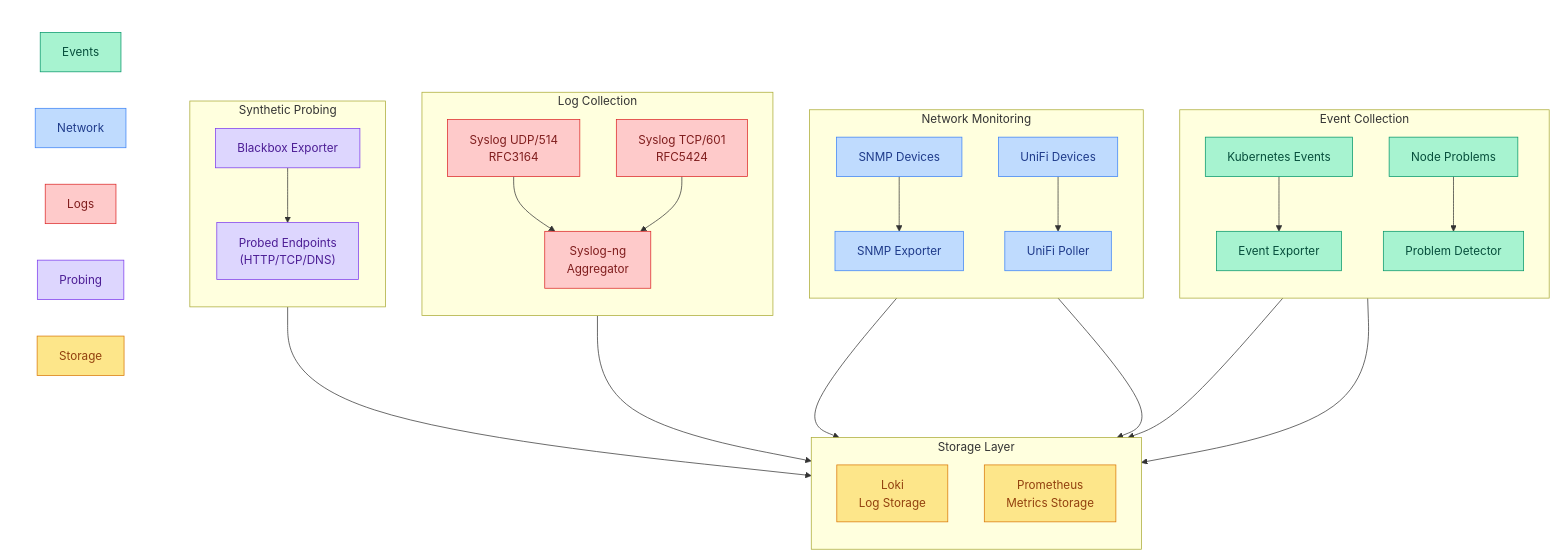
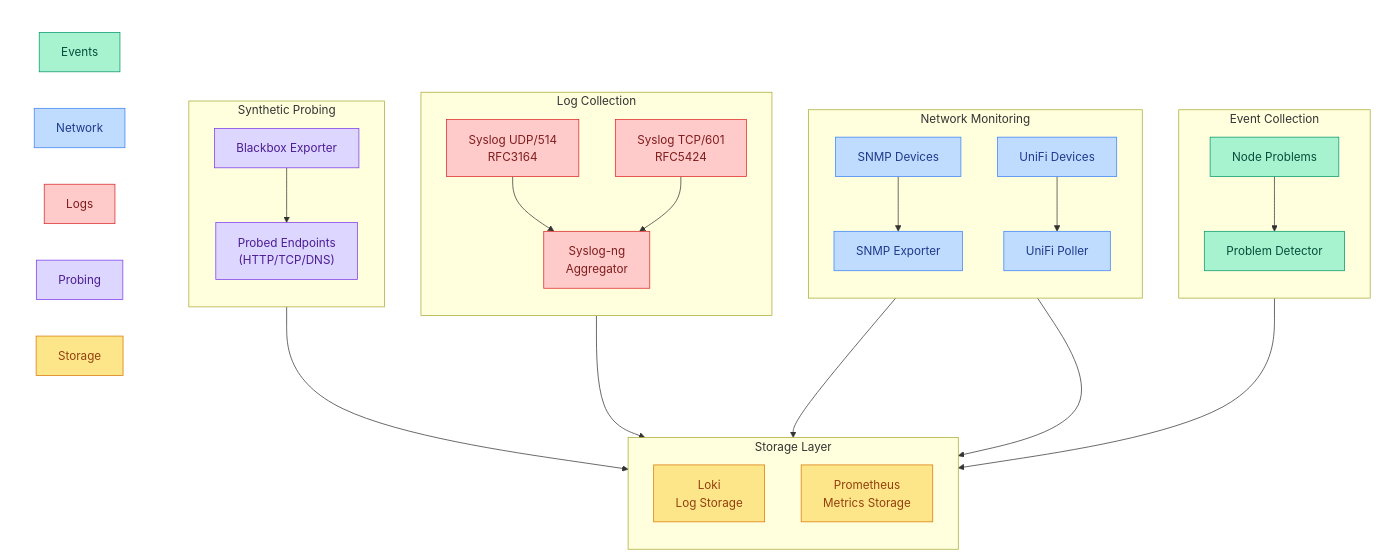
Before and after one commit to ppat/homelab-ops-kubernetes-apps: the diagram in infrastructure/subsystems/observability-extra/README.md, drawn with Mermaid.

Commit message:
docs(infra-observability-extra): drop stale event-exporter diagram node
The Component Architecture diagram still showed a Kubernetes Events
source feeding an Event Exporter node into Loki. That component has
no directory, kustomization entry, or manifest in this module - only
node-problem-detector remains in the Event Collection group, matching
the prose above the diagram and the Component Details table.

```diff
--- a/infrastructure/subsystems/observability-extra/README.md
+++ b/infrastructure/subsystems/observability-extra/README.md
@@ -67,9 +67,7 @@
     %% Event Sources
     subgraph events["Event Collection"]
         direction TB
-        k8s-events["Kubernetes Events"]:::event
         node-problems["Node Problems"]:::event
-        event-exporter["Event Exporter"]:::event
         problem-detector["Problem Detector"]:::event
     end
 
@@ -105,9 +103,7 @@
     end
 
     %% Event Flow
-    k8s-events --> event-exporter
     node-problems --> problem-detector
-    event-exporter --> loki
     problem-detector --> prometheus
 
     %% Network Flow
```
